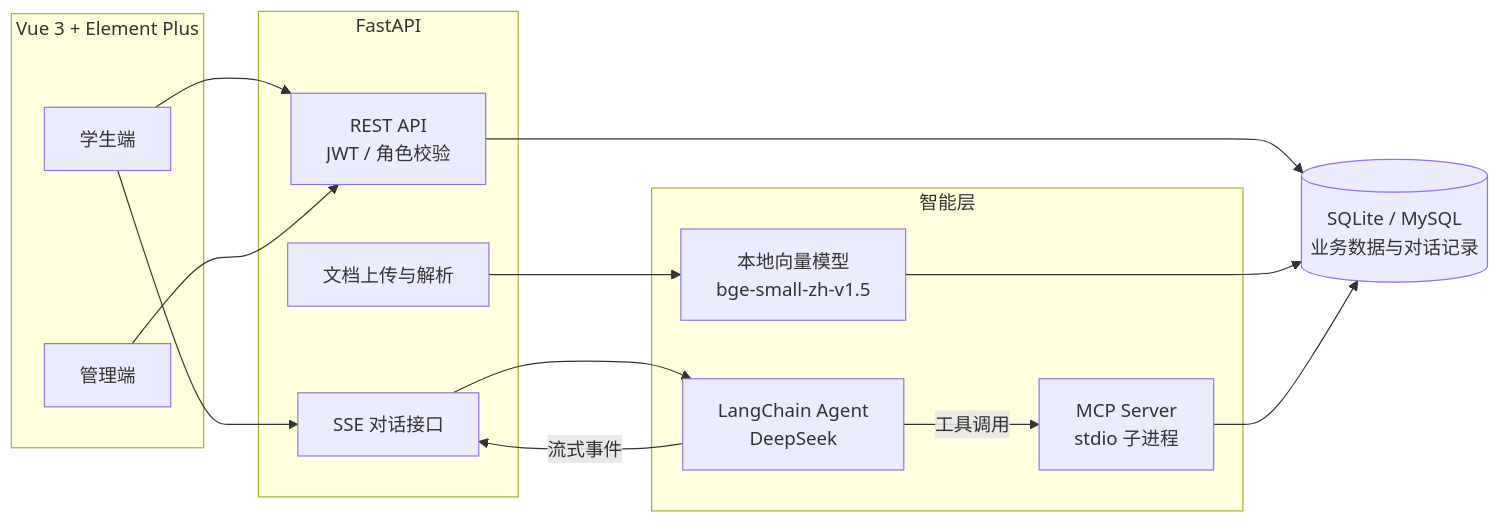
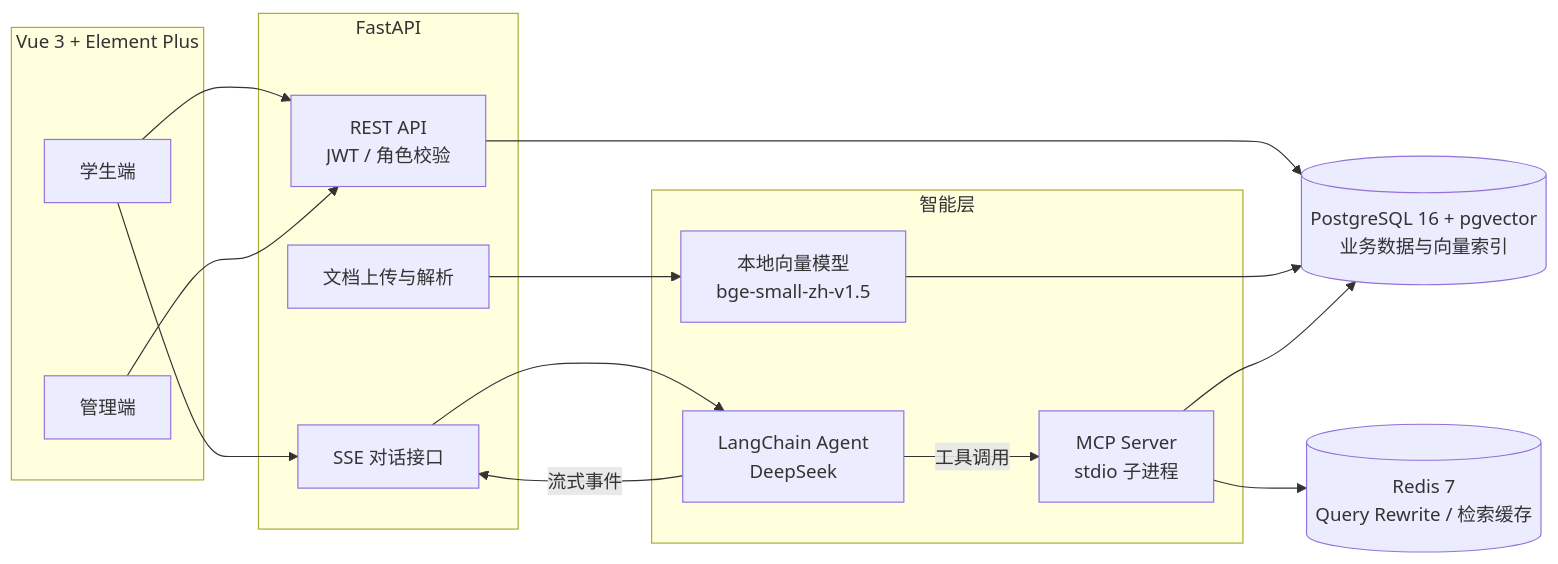
One commit to 20211050066/Couse changed the diagram in README.md. Above: the diagram before and after it, drawn with Mermaid. The commit also changed other lines of this file and 31 other files, not shown here.

````diff
--- a/README.md
+++ b/README.md
@@ -74,32 +75,34 @@
 ```mermaid
 flowchart LR
     subgraph FE["Vue 3 + Element Plus"]
         STUDENT["学生端"]
         ADMIN["管理端"]
     end
 
     subgraph BE["FastAPI"]
         API["REST API<br/>JWT / 角色校验"]
         SSE["SSE 对话接口"]
         UPLOAD["文档上传与解析"]
     end
 
     subgraph AI["智能层"]
         AGENT["LangChain Agent<br/>DeepSeek"]
         MCP["MCP Server<br/>stdio 子进程"]
         EMBED["本地向量模型<br/>bge-small-zh-v1.5"]
     end
 
-    DB[("SQLite / MySQL<br/>业务数据与对话记录")]
+    DB[("PostgreSQL 16 + pgvector<br/>业务数据与向量索引")]
+    CACHE[("Redis 7<br/>Query Rewrite / 检索缓存")]
 
     STUDENT --> API
     ADMIN --> API
     STUDENT --> SSE
     API --> DB
     UPLOAD --> EMBED
     EMBED --> DB
     SSE --> AGENT
     AGENT -->|工具调用| MCP
     MCP --> DB
+    MCP --> CACHE
     AGENT -->|流式事件| SSE
 ```
````
